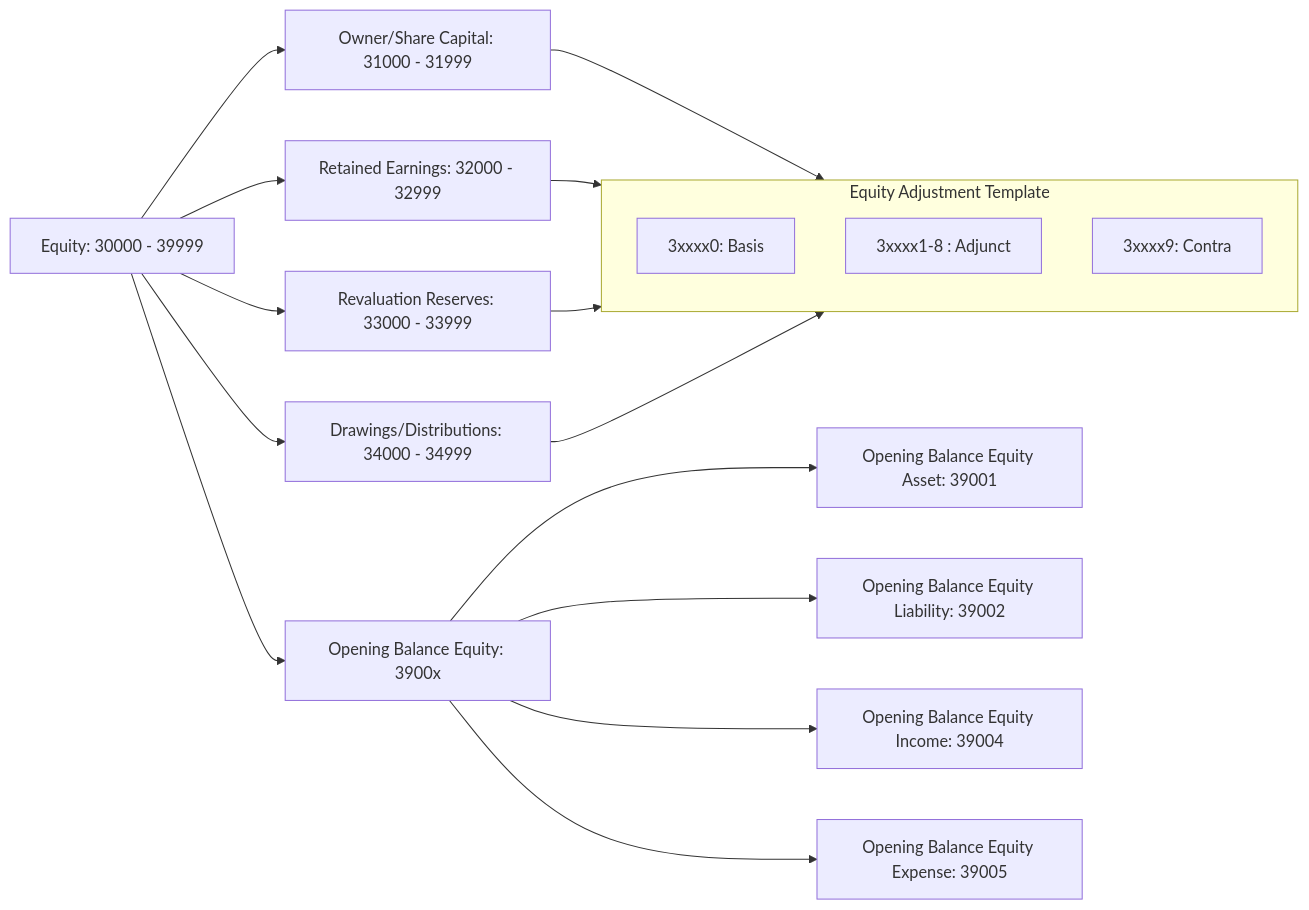
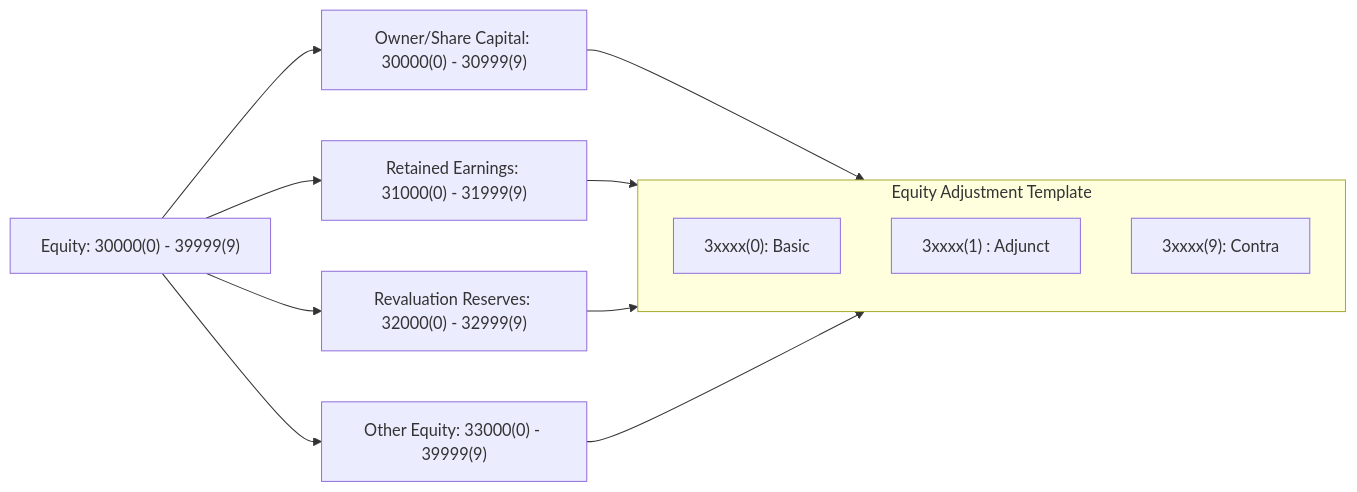
One commit to oosahon/ledgernova-core changed the diagram in src/domain/accounting/__doc__/assets/coa-equities.mermaid. Above: the diagram before and after it, drawn with Mermaid. The commit also changed 10 other files, not shown here.

```diff
--- a/src/domain/accounting/__doc__/assets/coa-equities.mermaid
+++ b/src/domain/accounting/__doc__/assets/coa-equities.mermaid
@@ -1,24 +1,14 @@
 flowchart LR
-    %% Tracks value leaving the entity.
-    %% Basis: cash drawings
-    %% Adjuncts: non-cash drawings (inventory/asset)
-    %% Contra: drawings reversal
     subgraph AdjustmentTemplate["Equity Adjustment Template"]
-        EBasis["3xxxx0: Basis"]
-        EAdjunct["3xxxx1-8 : Adjunct"]
-        EContra["3xxxx9: Contra"]
+        EBasis["3xxxx(0): Basic"]
+        EAdjunct["3xxxx(1) : Adjunct"]
+        EContra["3xxxx(9): Contra"]
     end
 
-    Equity["Equity: 30000 - 39999"]
-    Capital["Owner/Share Capital: 31000 - 31999"] --> AdjustmentTemplate
-    Earnings["Retained Earnings: 32000 - 32999"] --> AdjustmentTemplate
-    Reserves["Revaluation Reserves: 33000 - 33999"] --> AdjustmentTemplate
-    Drawings["Drawings/Distributions: 34000 - 34999"] --> AdjustmentTemplate
-    OpeningBalanceEquity["Opening Balance Equity: 3900x"]
-        OBEAsset["Opening Balance Equity Asset: 39001"]
-        OBELiability["Opening Balance Equity Liability: 39002"]
-        OBEIncome["Opening Balance Equity Income: 39004"]
-        OBEExpense["Opening Balance Equity Expense: 39005"]
+    Equity["Equity: 30000(0) - 39999(9)"]
+    Capital["Owner/Share Capital: 30000(0) - 30999(9)"] --> AdjustmentTemplate
+    Earnings["Retained Earnings: 31000(0) - 31999(9)"] --> AdjustmentTemplate
+    Reserves["Revaluation Reserves: 32000(0) - 32999(9)"] --> AdjustmentTemplate
+    OtherEquity["Other Equity: 33000(0) - 39999(9)"] --> AdjustmentTemplate
 
-    Equity --> Capital & Earnings & Reserves & Drawings & OpeningBalanceEquity
-    OpeningBalanceEquity --> OBEAsset & OBELiability & OBEIncome & OBEExpense
+    Equity --> Capital & Earnings & Reserves & OtherEquity
```
